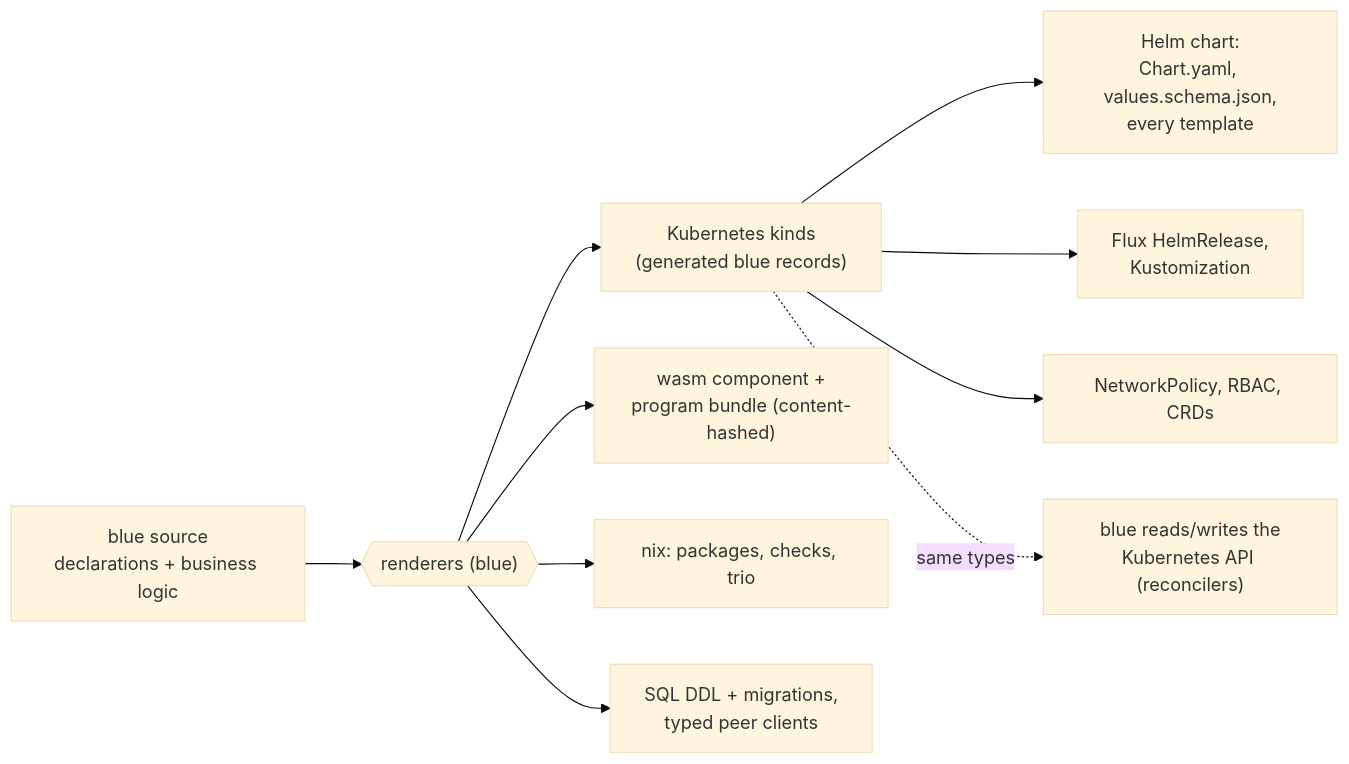
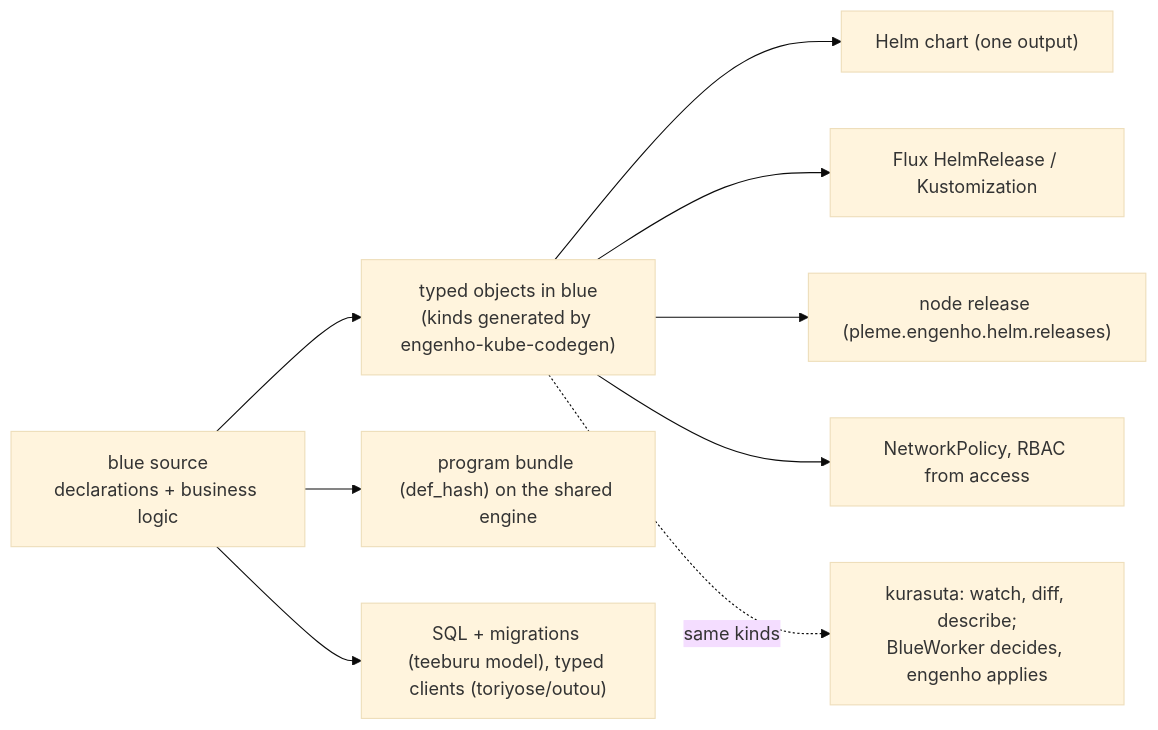
The first of 3 diagrams in docs/SUBSTRATE.md (pleme-io/blue), drawn with Mermaid (base theme) before and after one commit. The commit also changed other lines of this file, not shown here.

````diff
--- a/docs/SUBSTRATE.md
+++ b/docs/SUBSTRATE.md
@@ -119,12 +120,11 @@
 ```mermaid
 flowchart LR
-  B["blue source<br/>declarations + business logic"] --> R{{"renderers (blue)"}}
-  R --> K["Kubernetes kinds<br/>(generated blue records)"]
-  K --> C["Helm chart:<br/>Chart.yaml, values.schema.json,<br/>every template"]
-  K --> F["Flux HelmRelease,<br/>Kustomization"]
-  K --> P["NetworkPolicy, RBAC, CRDs"]
-  R --> W["wasm component +<br/>program bundle (content-hashed)"]
-  R --> N["nix: packages, checks, trio"]
-  R --> D["SQL DDL + migrations,<br/>typed peer clients"]
-  K -. "same types" .-> API["blue reads/writes the<br/>Kubernetes API (reconcilers)"]
+  B["blue source<br/>declarations + business logic"] --> O["typed objects in blue<br/>(kinds generated by engenho-kube-codegen)"]
+  O --> H["Helm chart (one output)"]
+  O --> F["Flux HelmRelease / Kustomization"]
+  O --> N["node release (pleme.engenho.helm.releases)"]
+  O --> P["NetworkPolicy, RBAC from access"]
+  B --> W["program bundle (def_hash) on the shared engine"]
+  B --> D["SQL + migrations (teeburu model), typed clients (toriyose/outou)"]
+  O -. "same kinds" .-> K["kurasuta: watch, diff, describe;<br/>BlueWorker decides, engenho applies"]
 ```
````
